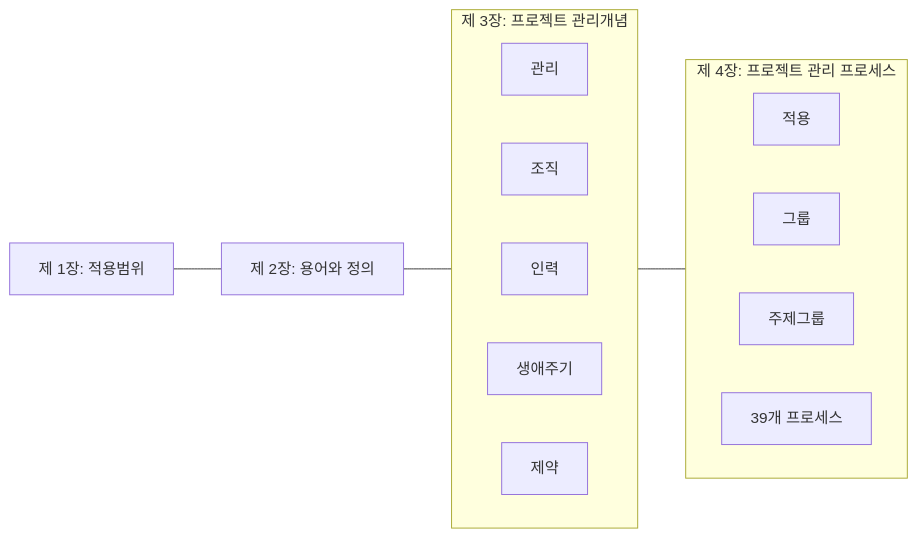
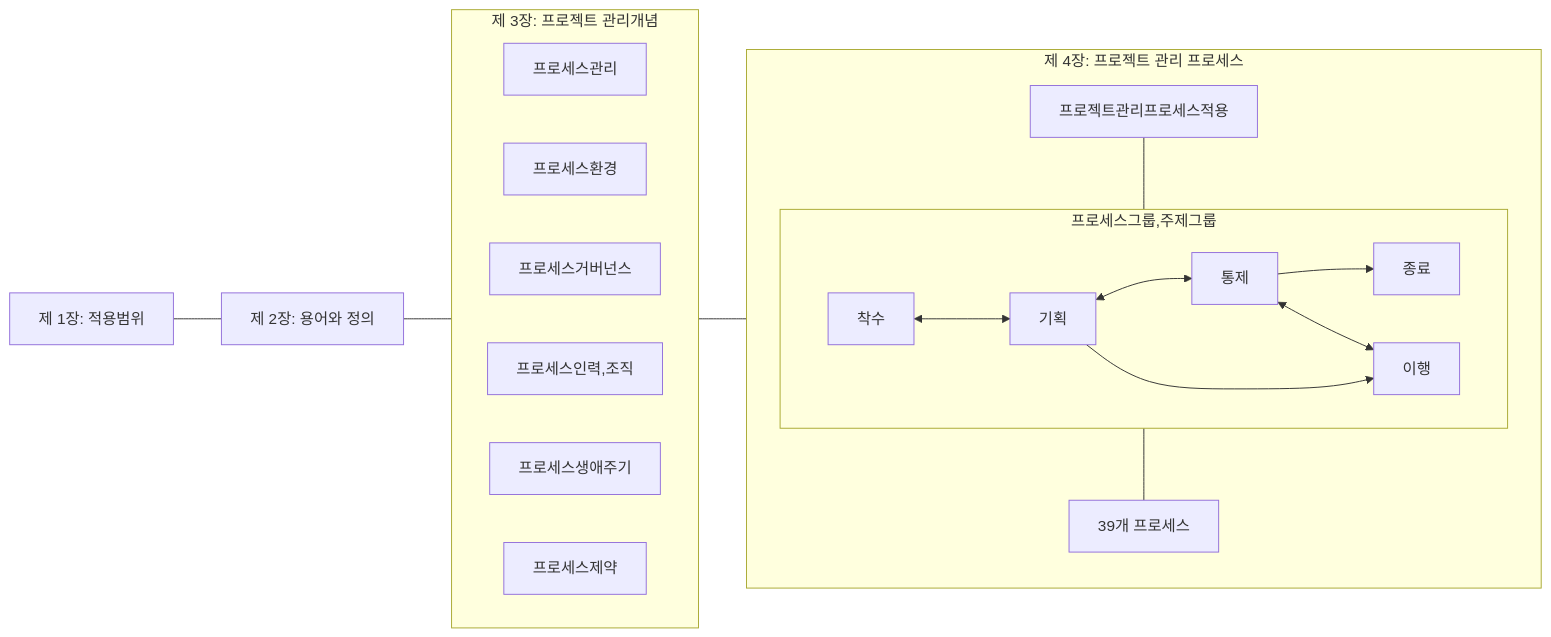
The diagram in blog/pe/pm/iso-21500.md (gracefullight/gracefullight.github.io), drawn with Mermaid before and after one commit. The commit also changed other lines of this file, not shown here.

Commit message:
docs(pe): 📚️ iso 21500

````diff
--- a/blog/pe/pm/iso-21500.md
+++ b/blog/pe/pm/iso-21500.md
@@ -20,23 +20,31 @@
 ```mermaid
 graph LR
   제1장[제 1장: 적용범위]
   제2장[제 2장: 용어와 정의]
   subgraph 제3장[제 3장: 프로젝트 관리개념]
     direction LR
-    관리
-    조직
-    인력
-    생애주기
-    제약
+    프로세스관리
+    프로세스환경
+    프로세스거버넌스
+    프로세스인력,조직
+    프로세스생애주기
+    프로세스제약
   end
 
   subgraph 제4장[제 4장: 프로젝트 관리 프로세스]
-    direction LR
-    적용
-    그룹
-    주제그룹
+    프로젝트관리프로세스적용
+
+    subgraph 프로세스그룹[프로세스그룹,주제그룹]
+      direction LR
+      착수 <--> 기획 <--> 통제 --> 종료
+      기획 --> 이행
+      통제 <--> 이행
+    end
+
     프로세스[39개 프로세스]
+
+    프로젝트관리프로세스적용 --- 프로세스그룹 --- 프로세스
   end
 
   제1장 --- 제2장 --- 제3장 --- 제4장
 ```
````
